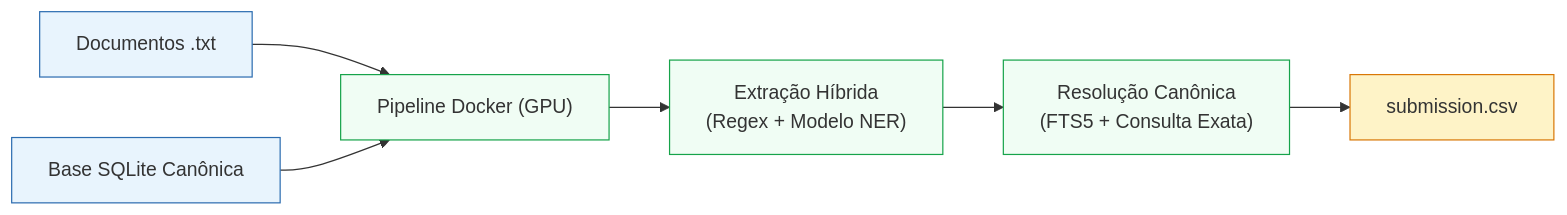
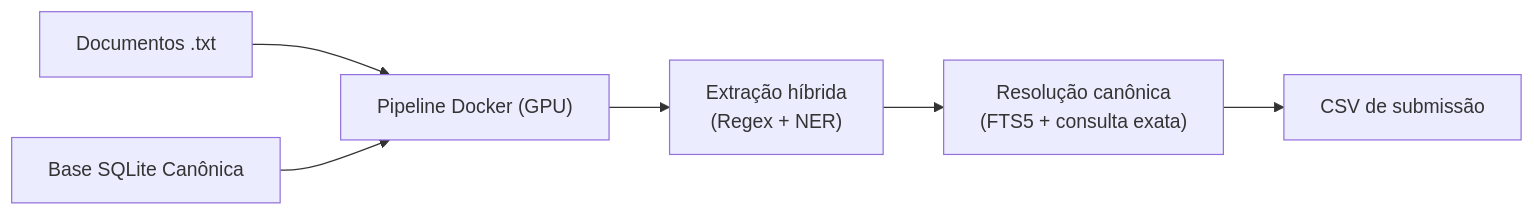
One commit to LucasSteffen5/taia-juris-check changed the diagram in README.md. Above: the diagram before and after it, drawn with Mermaid. The commit also changed other lines of this file and 5 other files, not shown here.

````diff
--- a/README.md
+++ b/README.md
@@ -65,15 +34,8 @@
 ```mermaid
 flowchart LR
     TXT["Documentos .txt"] --> PIPE["Pipeline Docker (GPU)"]
     DB["Base SQLite Canônica"] --> PIPE
-    PIPE --> EXTRACT["Extração Híbrida<br/>(Regex + Modelo NER)"]
-    EXTRACT --> RESOLVE["Resolução Canônica<br/>(FTS5 + Consulta Exata)"]
-    RESOLVE --> SUBMISSION["submission.csv"]
-
-    classDef input fill:#e8f4fd,stroke:#2b6cb0,stroke-width:1px;
-    classDef process fill:#f0fdf4,stroke:#16a34a,stroke-width:1px;
-    classDef output fill:#fef3c7,stroke:#d97706,stroke-width:1px;
-    class TXT,DB input;
-    class PIPE,EXTRACT,RESOLVE process;
-    class SUBMISSION output;
+    PIPE --> EXTRACT["Extração híbrida<br/>(Regex + NER)"]
+    EXTRACT --> RESOLVE["Resolução canônica<br/>(FTS5 + consulta exata)"]
+    RESOLVE --> SUBMISSION["CSV de submissão"]
 ```
````
